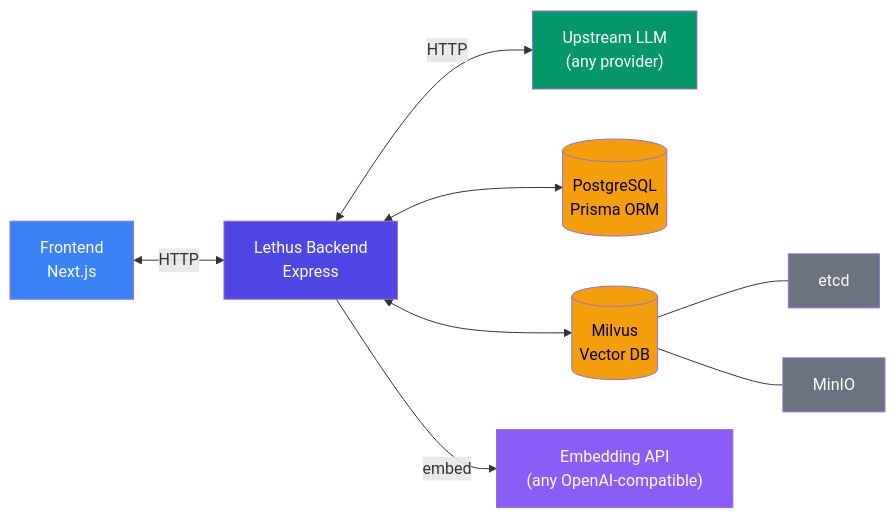
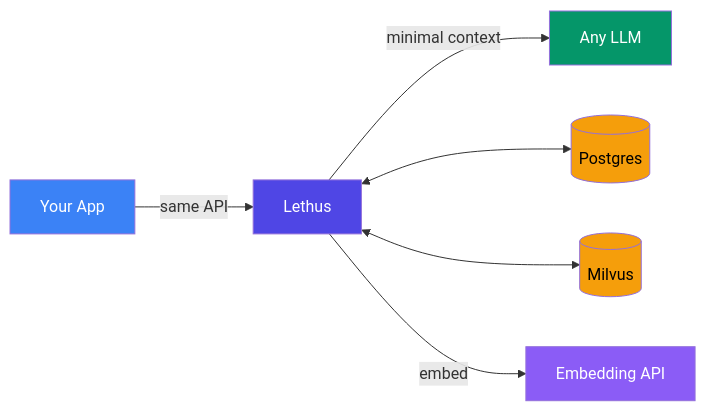
The first of 2 diagrams in README.md (0xteamCookie/Lethus), drawn with Mermaid before and after one commit. The commit also changed other lines of this file, not shown here.

````diff
--- a/README.md
+++ b/README.md
@@ -68,21 +230,15 @@
 ```mermaid
 flowchart LR
-    FE["Frontend<br/>Next.js"] <-->|HTTP| BE["Lethus Backend<br/>Express"]
-    BE <-->|HTTP| LLM["Upstream LLM<br/>(any provider)"]
+    App["Your App"] -->|same API| L["Lethus"]
+    L -->|minimal context| LLM["Any LLM"]
+    L <--> PG[("Postgres")]
+    L <--> MV[("Milvus")]
+    L -->|embed| E["Embedding API"]
 
-    BE <--> PG[("PostgreSQL<br/>Prisma ORM")]
-    BE <--> MV[("Milvus<br/>Vector DB")]
-    BE -->|embed| EMB["Embedding API<br/>(any OpenAI-compatible)"]
-
-    MV --- ETCD["etcd"]
-    MV --- MINIO["MinIO"]
-
-    style FE fill:#3b82f6,color:#fff
-    style BE fill:#4f46e5,color:#fff
+    style App fill:#3b82f6,color:#fff
+    style L fill:#4f46e5,color:#fff
     style LLM fill:#059669,color:#fff
     style PG fill:#f59e0b,color:#000
     style MV fill:#f59e0b,color:#000
-    style EMB fill:#8b5cf6,color:#fff
-    style ETCD fill:#6b7280,color:#fff
-    style MINIO fill:#6b7280,color:#fff
+    style E fill:#8b5cf6,color:#fff
 ```
````
